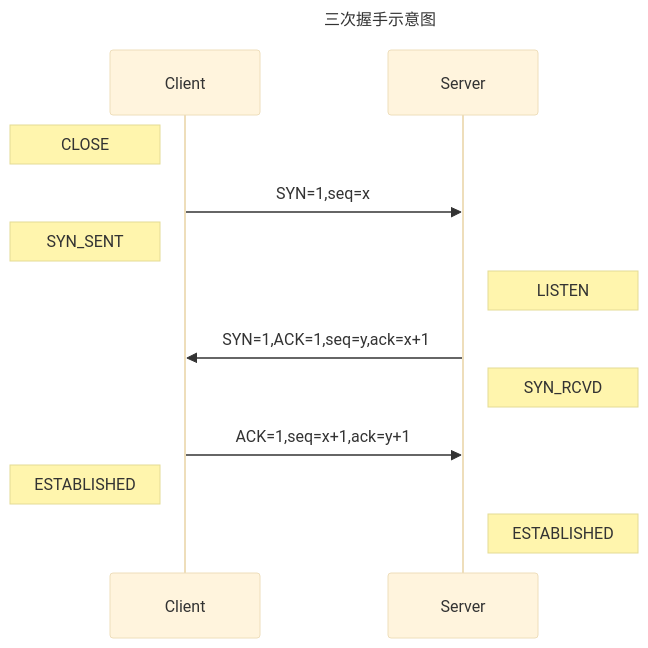
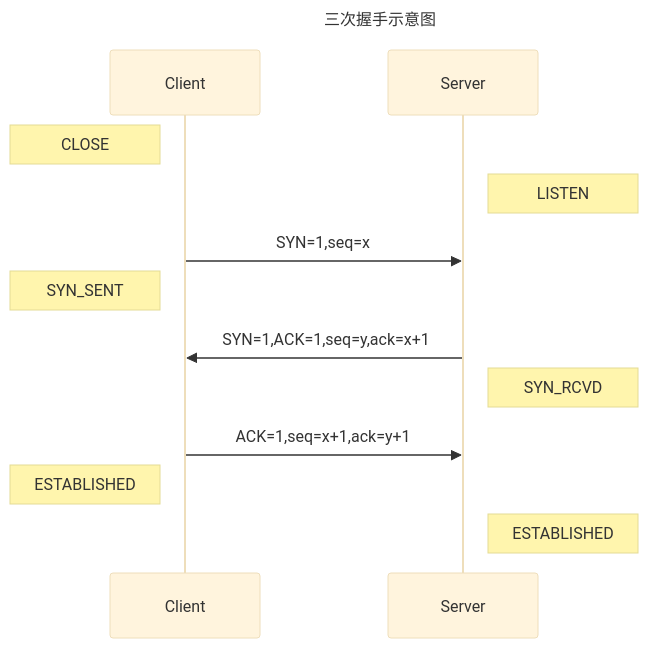
One commit to ldlb9527/blog changed the first of 2 diagrams in content/post/深入理解tcp协议/index.zh-cn.md. Above: the diagram before and after it, drawn with Mermaid (base theme). The commit also changed other lines of this file, not shown here.

````diff
--- a/content/post/深入理解tcp协议/index.zh-cn.md
+++ b/content/post/深入理解tcp协议/index.zh-cn.md
@@ -53,16 +60,17 @@
 ```mermaid
 sequenceDiagram
 Title: 三次握手示意图
 
 Note left of Client: CLOSE
+Note right of Server: LISTEN
 Client->>Server: SYN=1,seq=x
 Note left of Client: SYN_SENT
 
-Note right of Server: LISTEN
+
 Server->>Client: SYN=1,ACK=1,seq=y,ack=x+1
 Note right of Server: SYN_RCVD
 
 Client->>Server: ACK=1,seq=x+1,ack=y+1
 Note left of Client: ESTABLISHED
 Note right of Server: ESTABLISHED
 ```
````
